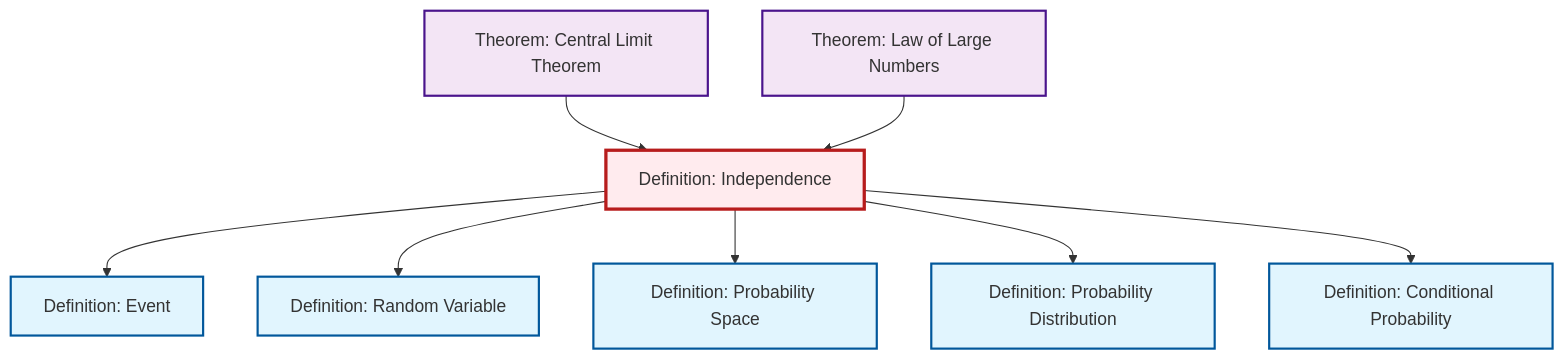
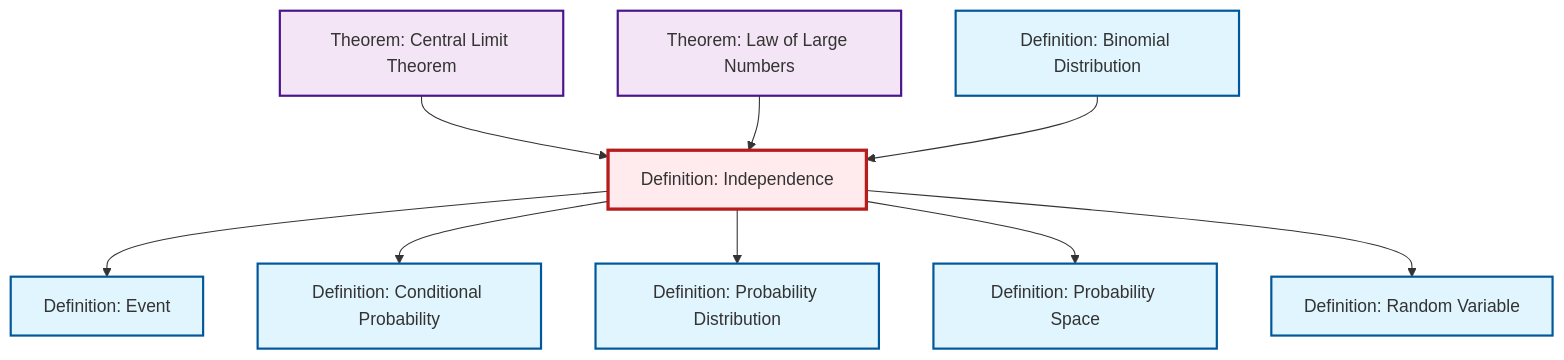
One commit to RK0429/ModernMath changed the diagram in content/ja/probability-statistics/def-independence.qmd. Above: the diagram before and after it, drawn with Mermaid. The commit also changed 654 other files, not shown here.

````diff
--- a/content/ja/probability-statistics/def-independence.qmd
+++ b/content/ja/probability-statistics/def-independence.qmd
@@ -115,32 +115,35 @@
 ```{mermaid}
 %%| fig-cap: "Local dependency graph"
 graph TD
     classDef definition fill:#e1f5fe,stroke:#01579b,stroke-width:2px
     classDef theorem fill:#f3e5f5,stroke:#4a148c,stroke-width:2px
     classDef axiom fill:#fff3e0,stroke:#e65100,stroke-width:2px
     classDef example fill:#e8f5e9,stroke:#1b5e20,stroke-width:2px
     classDef current fill:#ffebee,stroke:#b71c1c,stroke-width:3px
+    def-binomial-distribution["Definition: Binomial Distribution"]:::definition
+    thm-law-of-large-numbers["Theorem: Law of Large Numbers"]:::theorem
+    def-probability-distribution["Definition: Probability Distribution"]:::definition
+    def-event["Definition: Event"]:::definition
+    def-conditional-probability["Definition: Conditional Probability"]:::definition
+    def-random-variable["Definition: Random Variable"]:::definition
+    thm-central-limit["Theorem: Central Limit Theorem"]:::theorem
     def-independence["Definition: Independence"]:::definition
-    def-conditional-probability["Definition: Conditional Probability"]:::definition
-    def-event["Definition: Event"]:::definition
     def-probability-space["Definition: Probability Space"]:::definition
-    thm-central-limit["Theorem: Central Limit Theorem"]:::theorem
-    def-probability-distribution["Definition: Probability Distribution"]:::definition
-    thm-law-of-large-numbers["Theorem: Law of Large Numbers"]:::theorem
-    def-random-variable["Definition: Random Variable"]:::definition
+    thm-central-limit --> def-independence
     def-independence --> def-event
-    def-independence --> def-random-variable
-    def-independence --> def-probability-space
-    thm-central-limit --> def-independence
+    def-independence --> def-conditional-probability
     thm-law-of-large-numbers --> def-independence
     def-independence --> def-probability-distribution
-    def-independence --> def-conditional-probability
+    def-independence --> def-probability-space
+    def-independence --> def-random-variable
+    def-binomial-distribution --> def-independence
     class def-independence current
+    click def-binomial-distribution "def-binomial-distribution.html" "Definition: Binomial Distributionへ"
+    click thm-law-of-large-numbers "thm-law-of-large-numbers.html" "Theorem: Law of Large Numbersへ"
+    click def-probability-distribution "def-probability-distribution.html" "Definition: Probability Distributionへ"
+    click def-event "def-event.html" "Definition: Eventへ"
     click def-conditional-probability "def-conditional-probability.html" "Definition: Conditional Probabilityへ"
-    click def-event "def-event.html" "Definition: Eventへ"
+    click def-random-variable "def-random-variable.html" "Definition: Random Variableへ"
+    click thm-central-limit "thm-central-limit.html" "Theorem: Central Limit Theoremへ"
     click def-probability-space "def-probability-space.html" "Definition: Probability Spaceへ"
-    click thm-central-limit "thm-central-limit.html" "Theorem: Central Limit Theoremへ"
-    click def-probability-distribution "def-probability-distribution.html" "Definition: Probability Distributionへ"
-    click thm-law-of-large-numbers "thm-law-of-large-numbers.html" "Theorem: Law of Large Numbersへ"
-    click def-random-variable "def-random-variable.html" "Definition: Random Variableへ"
 ```
````
